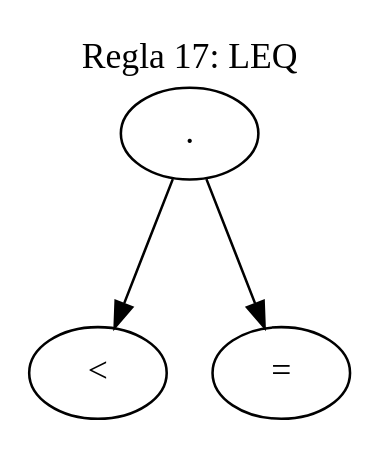
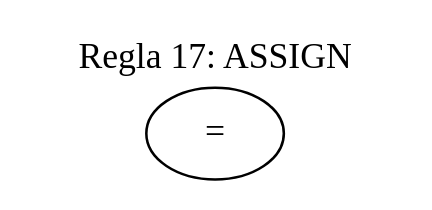
The diagram in output/ast_regla_17.dot (Isabella1911/Compis), drawn with Graphviz before and after one commit. The commit also changed 28 other files, not shown here.

```diff
--- a/output/ast_regla_17.dot
+++ b/output/ast_regla_17.dot
@@ -1,12 +1,8 @@
 digraph AST {
   rankdir=TB;
   ranksep=0.8;
   labelloc=t;
-  label="Regla 17: LEQ";
+  label="Regla 17: ASSIGN";
   fontsize=14;
-  0 [label="."];
-  1 [label="<"];
-  0 -> 1;
-  2 [label="="];
-  0 -> 2;
+  0 [label="="];
 }
```
